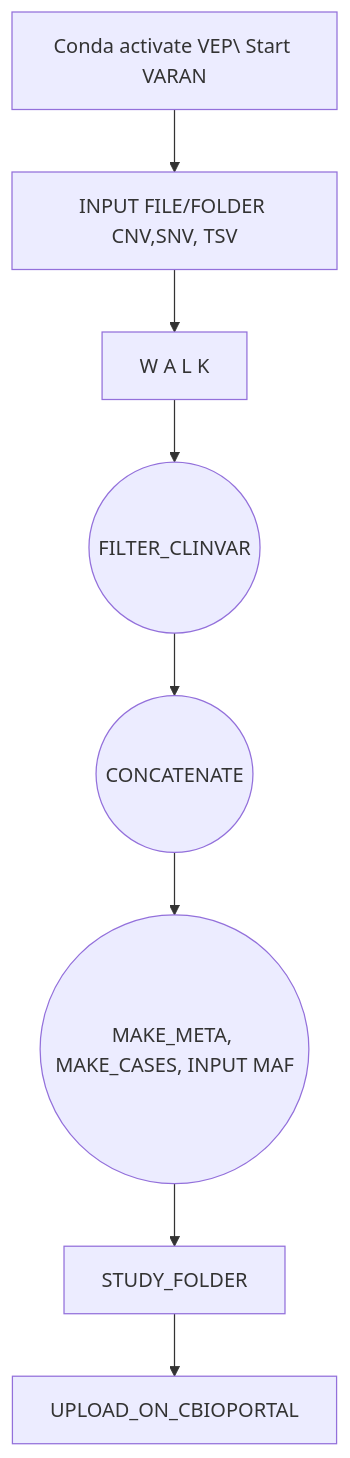
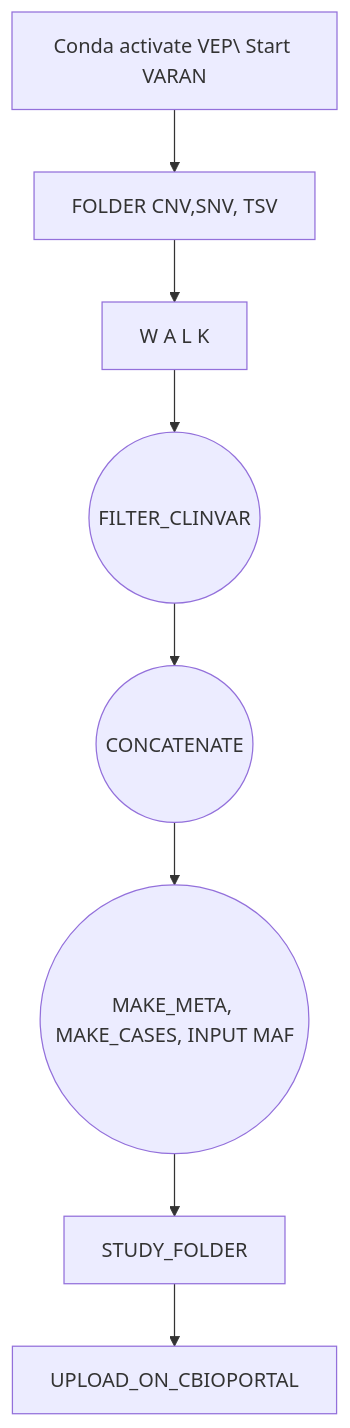
Before and after one commit to bioinformatics-policlinicogemelli/Varan-Release: the first of 2 diagrams in README.md, drawn with Mermaid.

Commit message:
Update README.md
updated input Workflow chart

````diff
--- a/README.md
+++ b/README.md
@@ -88,10 +88,10 @@
 ```mermaid
 flowchart  TD
 A[Conda activate VEP\ Start VARAN]  --> B[FOLDER CNV,SNV, TSV]
-B[INPUT FILE/FOLDER CNV,SNV, TSV] -->  C[W A L K] 
+B[FOLDER CNV,SNV, TSV] -->  C[W A L K] 
 C[W A L K] --> D((FILTER_CLINVAR))
 D((FILTER_CLINVAR)) --> E((CONCATENATE)) 
 E((CONCATENATE)) --> F((MAKE_META, MAKE_CASES, INPUT MAF))
  F --> U[STUDY_FOLDER]
 U --> G[UPLOAD_ON_CBIOPORTAL]
 ```
````
